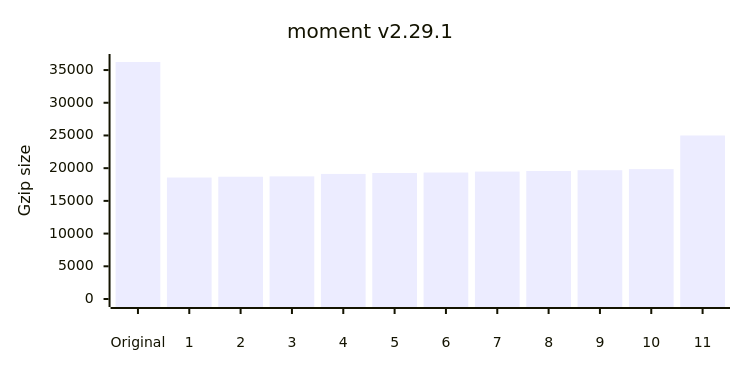
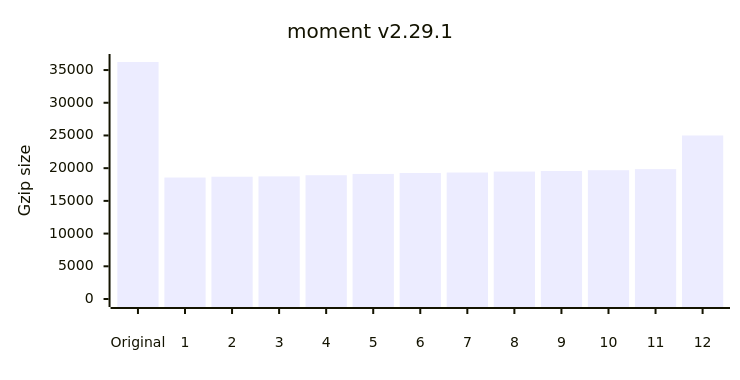
Before and after one commit to privatenumber/minification-benchmarks: the second of 12 diagrams in README.md, drawn with Mermaid. The commit also changed other lines of this file and 1 other file, not shown here.

````diff
--- a/README.md
+++ b/README.md
@@ -117,17 +117,17 @@
 ```mermaid
 ---
 config:
     xyChart:
         width: 720
         height: 360
         xAxis:
             labelPadding: 20
         yAxis:
             labelPadding: 10
 ---
 xychart-beta
 	title "moment v2.29.1"
-	x-axis ["Original",1,2,3,4,5,6,7,8,9,10,11]
+	x-axis ["Original",1,2,3,4,5,6,7,8,9,10,11,12]
 	y-axis "Gzip size" 0 --> 36231
-	bar [36231,18568,18690,18746,19119,19260,19334,19478,19569,19683,19857,24998]
+	bar [36231,18568,18690,18746,18923,19119,19260,19334,19478,19569,19683,19857,24998]
 ```
````
